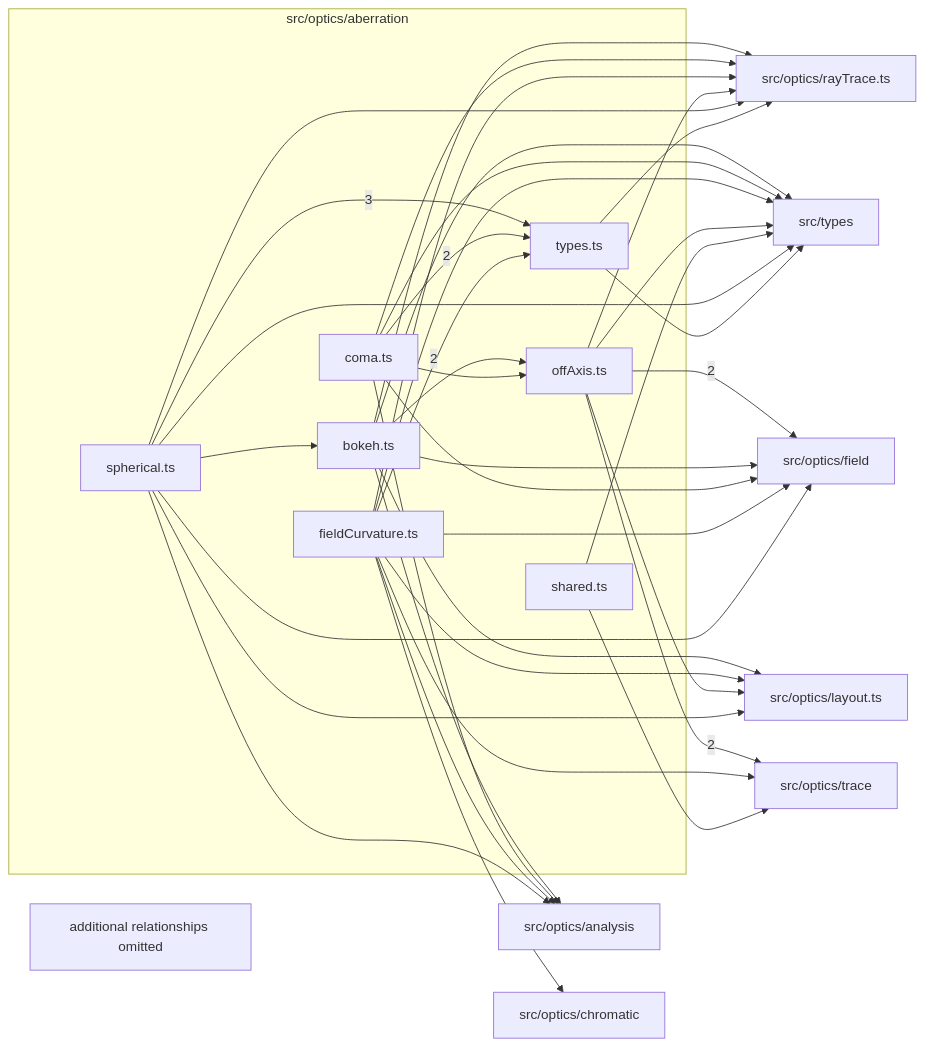
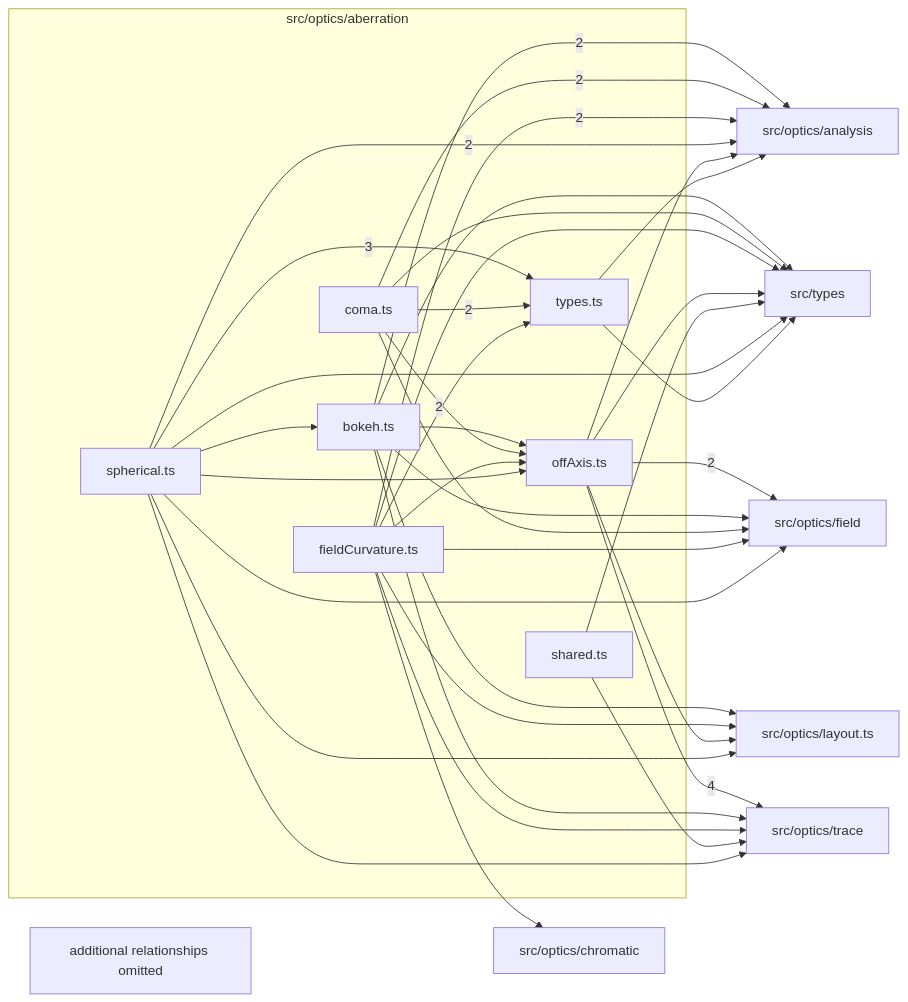
The diagram in src/optics/aberration/readme.md (ronbuening/LensVisualizer), drawn with Mermaid before and after one commit. The commit also changed other lines of this file and 47 other files, not shown here.

````diff
--- a/src/optics/aberration/readme.md
+++ b/src/optics/aberration/readme.md
@@ -9,56 +9,55 @@
 ```mermaid
 flowchart LR
   subgraph n_src_optics_aberration["src/optics/aberration"]
     n_src_optics_aberration_src_optics_aberration_bokeh_ts["bokeh.ts"]
     n_src_optics_aberration_src_optics_aberration_coma_ts["coma.ts"]
     n_src_optics_aberration_src_optics_aberration_fieldCurvature_ts["fieldCurvature.ts"]
     n_src_optics_aberration_src_optics_aberration_offAxis_ts["offAxis.ts"]
     n_src_optics_aberration_src_optics_aberration_shared_ts["shared.ts"]
     n_src_optics_aberration_src_optics_aberration_spherical_ts["spherical.ts"]
     n_src_optics_aberration_src_optics_aberration_types_ts["types.ts"]
   end
-  n_external_src_optics_field["src/optics/field"]
   n_external_src_optics_trace["src/optics/trace"]
   n_external_src_optics_analysis["src/optics/analysis"]
+  n_external_src_optics_field["src/optics/field"]
   n_external_src_optics_chromatic["src/optics/chromatic"]
   n_external_src_optics_layout_ts["src/optics/layout.ts"]
-  n_external_src_optics_rayTrace_ts["src/optics/rayTrace.ts"]
   n_external_src_types["src/types"]
+  n_src_optics_aberration_src_optics_aberration_offAxis_ts --> |4| n_external_src_optics_trace
   n_src_optics_aberration_src_optics_aberration_spherical_ts --> |3| n_src_optics_aberration_src_optics_aberration_types_ts
+  n_src_optics_aberration_src_optics_aberration_bokeh_ts --> |2| n_external_src_optics_analysis
+  n_src_optics_aberration_src_optics_aberration_coma_ts --> |2| n_external_src_optics_analysis
+  n_src_optics_aberration_src_optics_aberration_fieldCurvature_ts --> |2| n_external_src_optics_analysis
+  n_src_optics_aberration_src_optics_aberration_spherical_ts --> |2| n_external_src_optics_analysis
   n_src_optics_aberration_src_optics_aberration_offAxis_ts --> |2| n_external_src_optics_field
-  n_src_optics_aberration_src_optics_aberration_offAxis_ts --> |2| n_external_src_optics_trace
   n_src_optics_aberration_src_optics_aberration_coma_ts --> |2| n_src_optics_aberration_src_optics_aberration_types_ts
   n_src_optics_aberration_src_optics_aberration_fieldCurvature_ts --> |2| n_src_optics_aberration_src_optics_aberration_types_ts
-  n_src_optics_aberration_src_optics_aberration_bokeh_ts --> n_external_src_optics_analysis
-  n_src_optics_aberration_src_optics_aberration_coma_ts --> n_external_src_optics_analysis
-  n_src_optics_aberration_src_optics_aberration_fieldCurvature_ts --> n_external_src_optics_analysis
-  n_src_optics_aberration_src_optics_aberration_spherical_ts --> n_external_src_optics_analysis
+  n_src_optics_aberration_src_optics_aberration_offAxis_ts --> n_external_src_optics_analysis
+  n_src_optics_aberration_src_optics_aberration_types_ts --> n_external_src_optics_analysis
   n_src_optics_aberration_src_optics_aberration_fieldCurvature_ts --> n_external_src_optics_chromatic
   n_src_optics_aberration_src_optics_aberration_bokeh_ts --> n_external_src_optics_field
   n_src_optics_aberration_src_optics_aberration_coma_ts --> n_external_src_optics_field
   n_src_optics_aberration_src_optics_aberration_fieldCurvature_ts --> n_external_src_optics_field
   n_src_optics_aberration_src_optics_aberration_spherical_ts --> n_external_src_optics_field
   n_src_optics_aberration_src_optics_aberration_bokeh_ts --> n_external_src_optics_layout_ts
   n_src_optics_aberration_src_optics_aberration_fieldCurvature_ts --> n_external_src_optics_layout_ts
   n_src_optics_aberration_src_optics_aberration_offAxis_ts --> n_external_src_optics_layout_ts
   n_src_optics_aberration_src_optics_aberration_spherical_ts --> n_external_src_optics_layout_ts
-  n_src_optics_aberration_src_optics_aberration_bokeh_ts --> n_external_src_optics_rayTrace_ts
-  n_src_optics_aberration_src_optics_aberration_coma_ts --> n_external_src_optics_rayTrace_ts
-  n_src_optics_aberration_src_optics_aberration_fieldCurvature_ts --> n_external_src_optics_rayTrace_ts
-  n_src_optics_aberration_src_optics_aberration_offAxis_ts --> n_external_src_optics_rayTrace_ts
-  n_src_optics_aberration_src_optics_aberration_spherical_ts --> n_external_src_optics_rayTrace_ts
-  n_src_optics_aberration_src_optics_aberration_types_ts --> n_external_src_optics_rayTrace_ts
+  n_src_optics_aberration_src_optics_aberration_bokeh_ts --> n_external_src_optics_trace
   n_src_optics_aberration_src_optics_aberration_fieldCurvature_ts --> n_external_src_optics_trace
   n_src_optics_aberration_src_optics_aberration_shared_ts --> n_external_src_optics_trace
+  n_src_optics_aberration_src_optics_aberration_spherical_ts --> n_external_src_optics_trace
   n_src_optics_aberration_src_optics_aberration_bokeh_ts --> n_external_src_types
   n_src_optics_aberration_src_optics_aberration_coma_ts --> n_external_src_types
   n_src_optics_aberration_src_optics_aberration_fieldCurvature_ts --> n_external_src_types
   n_src_optics_aberration_src_optics_aberration_offAxis_ts --> n_external_src_types
   n_src_optics_aberration_src_optics_aberration_shared_ts --> n_external_src_types
   n_src_optics_aberration_src_optics_aberration_spherical_ts --> n_external_src_types
   n_src_optics_aberration_src_optics_aberration_types_ts --> n_external_src_types
   n_src_optics_aberration_src_optics_aberration_spherical_ts --> n_src_optics_aberration_src_optics_aberration_bokeh_ts
   n_src_optics_aberration_src_optics_aberration_bokeh_ts --> n_src_optics_aberration_src_optics_aberration_offAxis_ts
   n_src_optics_aberration_src_optics_aberration_coma_ts --> n_src_optics_aberration_src_optics_aberration_offAxis_ts
+  n_src_optics_aberration_src_optics_aberration_fieldCurvature_ts --> n_src_optics_aberration_src_optics_aberration_offAxis_ts
+  n_src_optics_aberration_src_optics_aberration_spherical_ts --> n_src_optics_aberration_src_optics_aberration_offAxis_ts
   n_src_optics_aberration_truncated["additional relationships omitted"]
 ```
````
